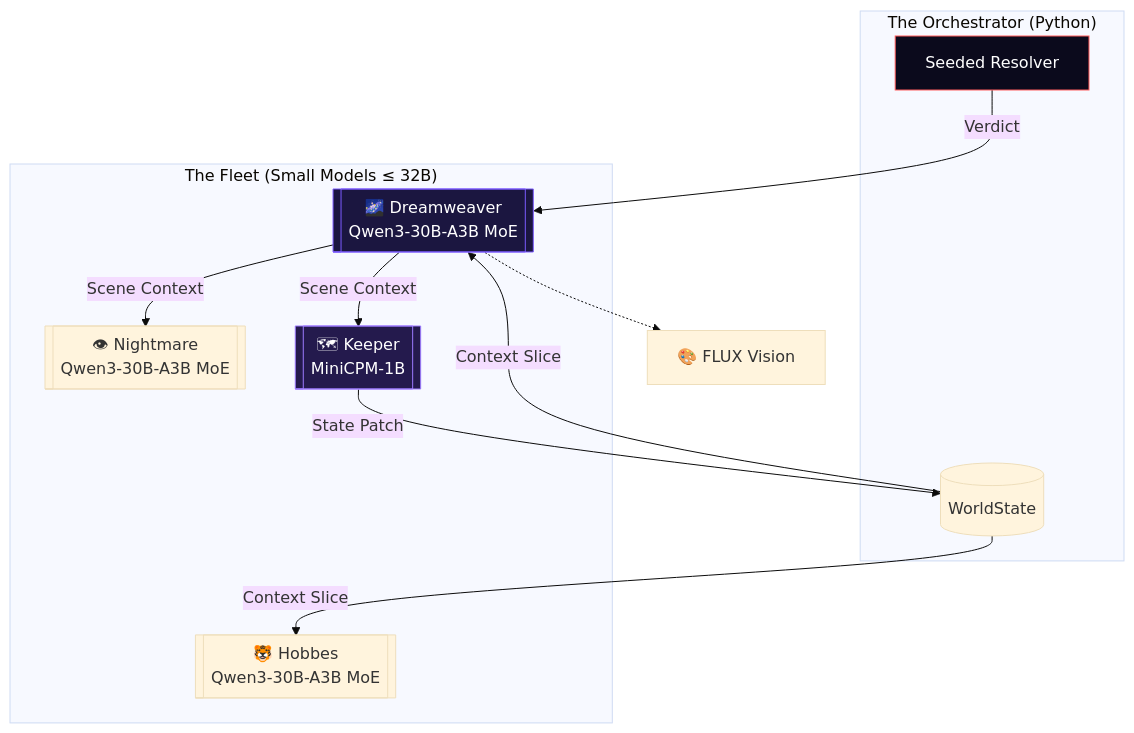
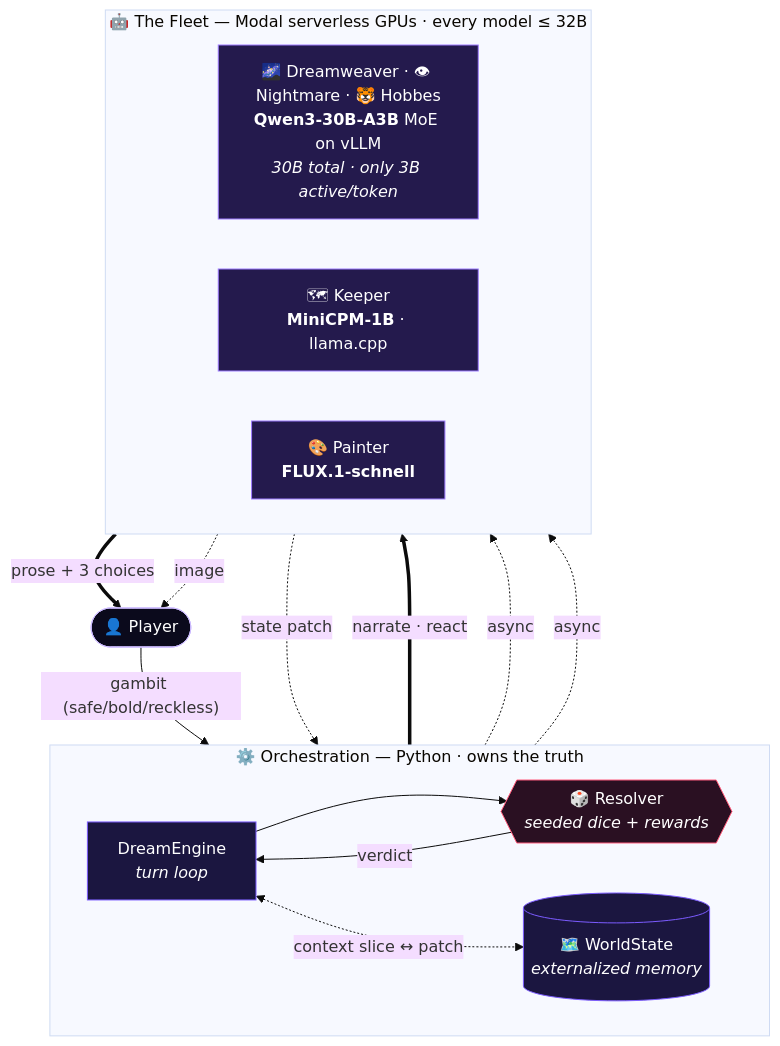
The first of 3 diagrams in README.md (kaiser-data/HFSmallHackathon), drawn with Mermaid (base theme) before and after one commit. The commit also changed other lines of this file, not shown here.

First line of the commit message:
README: professional architecture diagrams (3 views)

````diff
--- a/README.md
+++ b/README.md
@@ -55,26 +60,34 @@
 ```mermaid
-graph TD
-    subgraph "The Orchestrator (Python)"
-        RES[Seeded Resolver]
-        WS[(WorldState)]
+flowchart TB
+    P([👤 Player])
+
+    subgraph CODE["⚙️ Orchestration — Python · owns the truth"]
+        direction LR
+        ENGINE["DreamEngine<br/><i>turn loop</i>"]
+        RESOLVER{{"🎲 Resolver<br/><i>seeded dice + rewards</i>"}}
+        STATE[("🗺️ WorldState<br/><i>externalized memory</i>")]
     end
 
-    subgraph "The Fleet (Small Models ≤ 32B)"
-        DW[[🌌 Dreamweaver<br/>Qwen3-30B-A3B MoE]]
-        NM[[👁 Nightmare<br/>Qwen3-30B-A3B MoE]]
-        HB[[🐯 Hobbes<br/>Qwen3-30B-A3B MoE]]
-        KP[[🗺 Keeper<br/>MiniCPM-1B]]
+    subgraph FLEET["🤖 The Fleet — Modal serverless GPUs · every model ≤ 32B"]
+        direction LR
+        SPEC["🌌 Dreamweaver · 👁 Nightmare · 🐯 Hobbes<br/><b>Qwen3-30B-A3B</b> MoE on vLLM<br/><i>30B total · only 3B active/token</i>"]
+        ROUTER["🗺 Keeper<br/><b>MiniCPM-1B</b> · llama.cpp"]
+        VISION["🎨 Painter<br/><b>FLUX.1-schnell</b>"]
     end
 
-    RES -->|Verdict| DW
-    WS -->|Context Slice| DW
-    WS -->|Context Slice| HB
-    DW -->|Scene Context| NM
-    DW -->|Scene Context| KP
-    KP -->|State Patch| WS
-    DW -.-> IMG[🎨 FLUX Vision]
+    P -- "gambit (safe/bold/reckless)" --> ENGINE
+    ENGINE --> RESOLVER -- "verdict" --> ENGINE
+    ENGINE <-. "context slice ↔ patch" .-> STATE
+    ENGINE == "narrate · react" ==> SPEC
+    ENGINE -. "async" .-> ROUTER
+    ENGINE -. "async" .-> VISION
+    SPEC == "prose + 3 choices" ==> P
+    VISION -. "image" .-> P
+    ROUTER -. "state patch" .-> STATE
 
-    style DW fill:#1b1640,stroke:#7c5cff,color:#fff
-    style KP fill:#241a4d,stroke:#9d7bff,color:#fff
-    style RES fill:#0b0a1c,stroke:#ff5c5c,color:#fff
+    classDef code fill:#1b1640,stroke:#7c5cff,color:#fff;
+    classDef fleet fill:#241a4d,stroke:#9d7bff,color:#fff;
+    classDef dice fill:#2a1022,stroke:#ff5c7c,color:#fff;
+    classDef player fill:#0b0a1c,stroke:#cdbcff,color:#fff;
+    class ENGINE,STATE code; class SPEC,ROUTER,VISION fleet; class RESOLVER dice; class P player;
 ```
````
